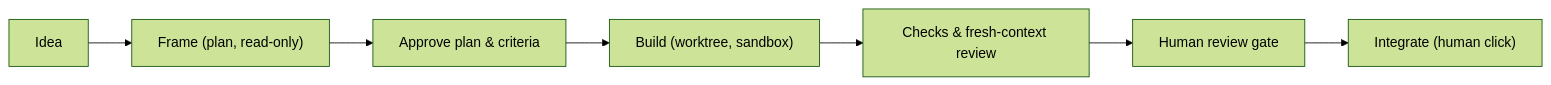
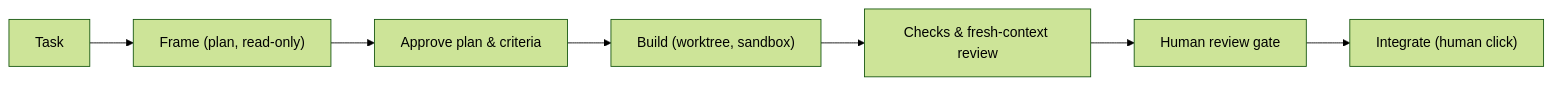
Before and after one commit to ikarys/fennec: the diagram in README.md, drawn with Mermaid (forest theme). The commit also changed other lines of this file and 1 other file, not shown here.

````diff
--- a/README.md
+++ b/README.md
@@ -43,9 +46,9 @@
 ```mermaid
 flowchart LR
-  A["Idea"] --> B["Frame (plan, read-only)"]
+  A["Task"] --> B["Frame (plan, read-only)"]
   B --> C["Approve plan & criteria"]
   C --> D["Build (worktree, sandbox)"]
   D --> E["Checks & fresh-context review"]
   E --> F["Human review gate"]
   F --> G["Integrate (human click)"]
 ```
````
